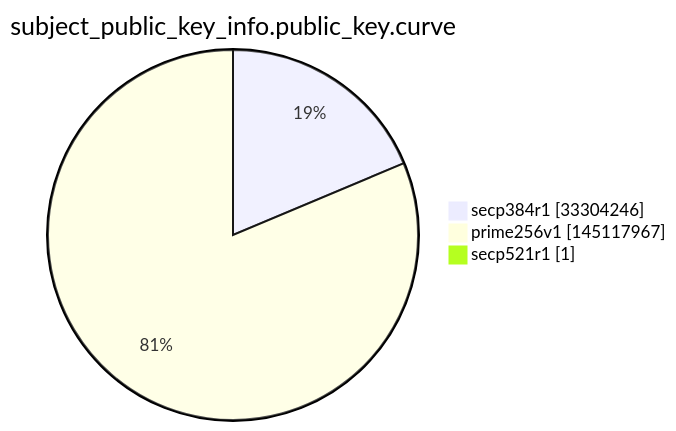
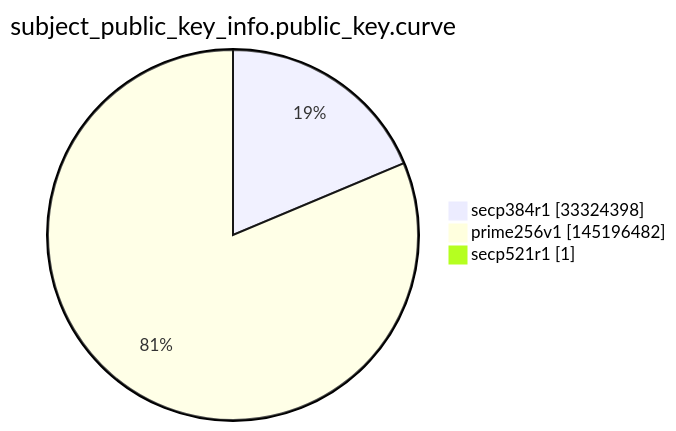
One commit to christiankrug/ctmonitor_visualization changed the ninth of 15 diagrams in argon2022/README.md. Above: the diagram before and after it, drawn with Mermaid. The commit also changed other lines of this file, not shown here.

````diff
--- a/argon2022/README.md
+++ b/argon2022/README.md
@@ -2764,7 +2764,7 @@
 ```mermaid
 pie showData
 title subject_public_key_info.public_key.curve
-"secp384r1" :33304246
-"prime256v1" :145117967
+"secp384r1" :33324398
+"prime256v1" :145196482
 "secp521r1" :1
 ```
````
